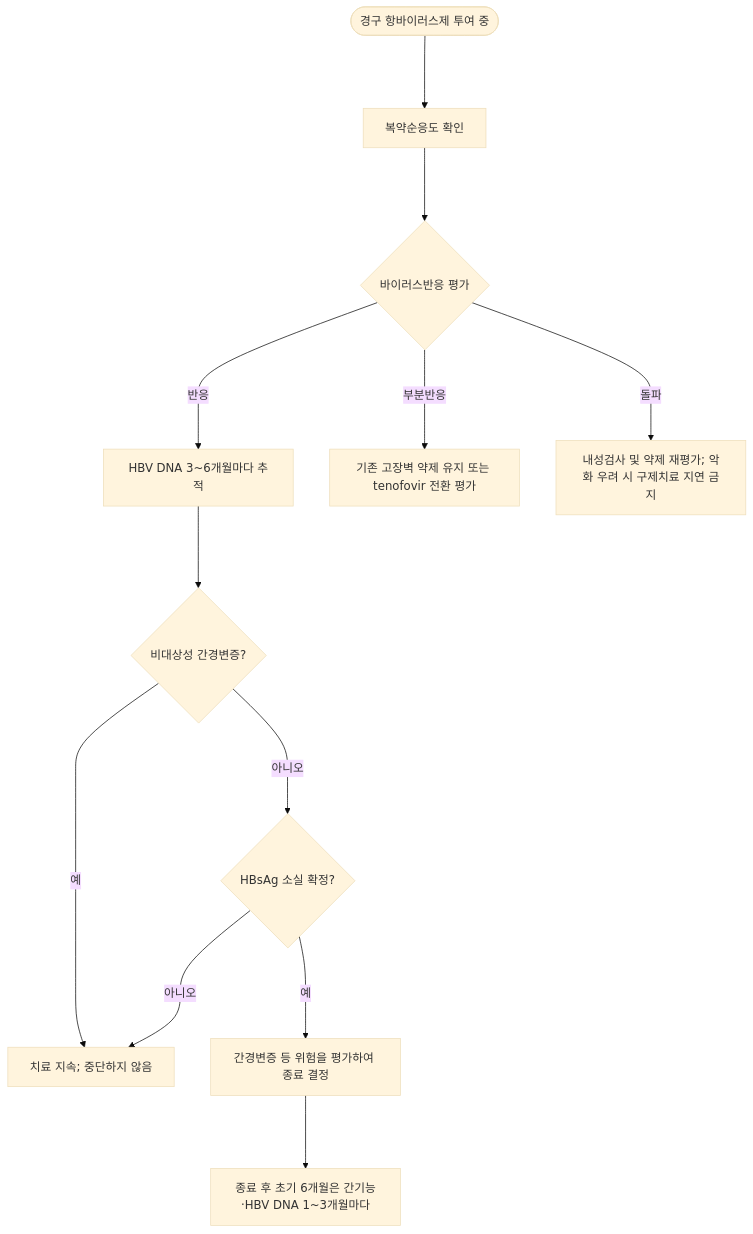
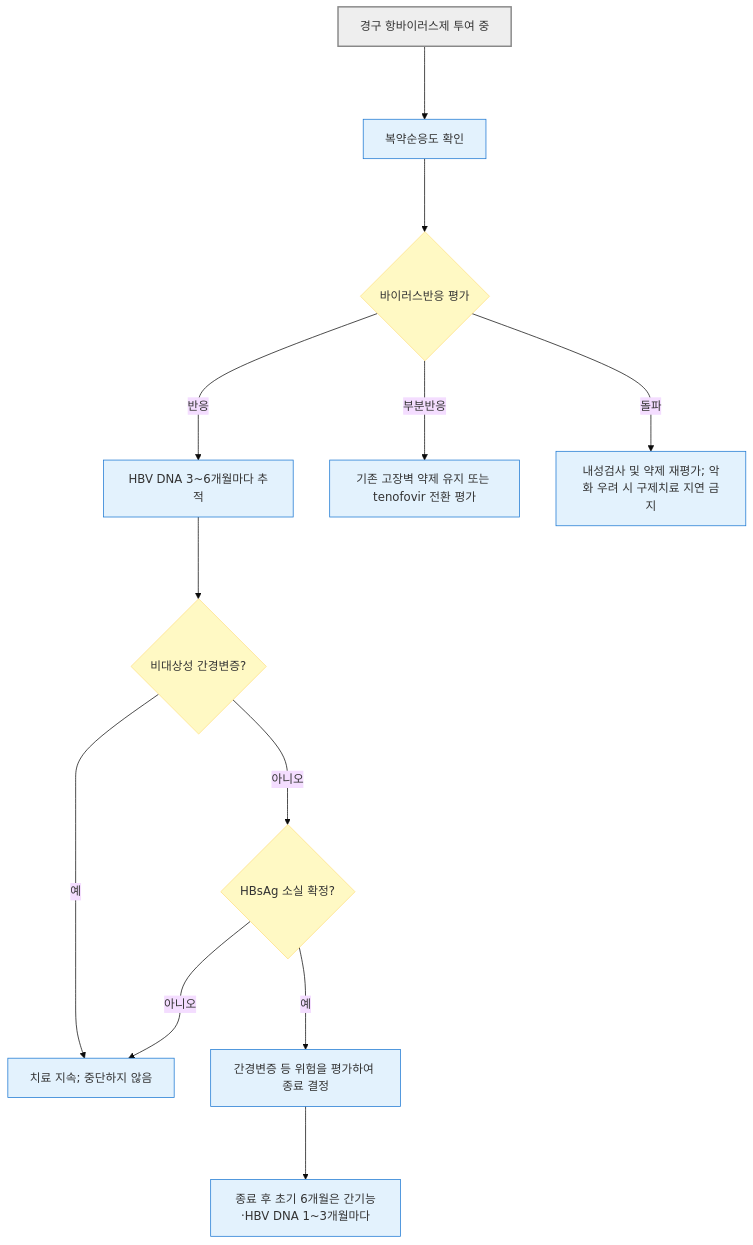
One commit to familyoh77/familyoh77 changed the third of 4 diagrams in 224_/091_hbv-infection.md. Above: the diagram before and after it, drawn with Mermaid (base theme). The commit also changed other lines of this file and 8 other files, not shown here.

````diff
--- a/224_/091_hbv-infection.md
+++ b/224_/091_hbv-infection.md
@@ -361,14 +375,20 @@
 ```mermaid
 flowchart TD
-    A(["경구 항바이러스제 투여 중"]) ---> B["복약순응도 확인"]
+    A["경구 항바이러스제 투여 중"] ---> B["복약순응도 확인"]
     B ---> C{"바이러스반응 평가"}
     C -- 반응 ---> D["HBV DNA 3~6개월마다 추적"]
     C -- 부분반응 ---> E["기존 고장벽 약제 유지 또는 tenofovir 전환 평가"]
     C -- 돌파 ---> F["내성검사 및 약제 재평가; 악화 우려 시 구제치료 지연 금지"]
     D ---> G{"비대상성 간경변증?"}
     G -- 예 ---> I["치료 지속; 중단하지 않음"]
     G -- 아니오 ---> H{"HBsAg 소실 확정?"}
     H -- 아니오 ---> I
     H -- 예 ---> J["간경변증 등 위험을 평가하여 종료 결정"]
     J ---> K["종료 후 초기 6개월은 간기능·HBV DNA 1~3개월마다"]
+    classDef question fill:#fff9c4,stroke:#ffe082
+    classDef treatment fill:#e3f2fd,stroke:#1976d2
+    classDef emergency fill:#ffdddd,stroke:#d32f2f,stroke-width:2px
+    class C,G,H question
+    class B,D,E,F,I,J,K treatment
+    style A fill:#eeeeee,stroke:#888888,stroke-width:2px
 ```
````
